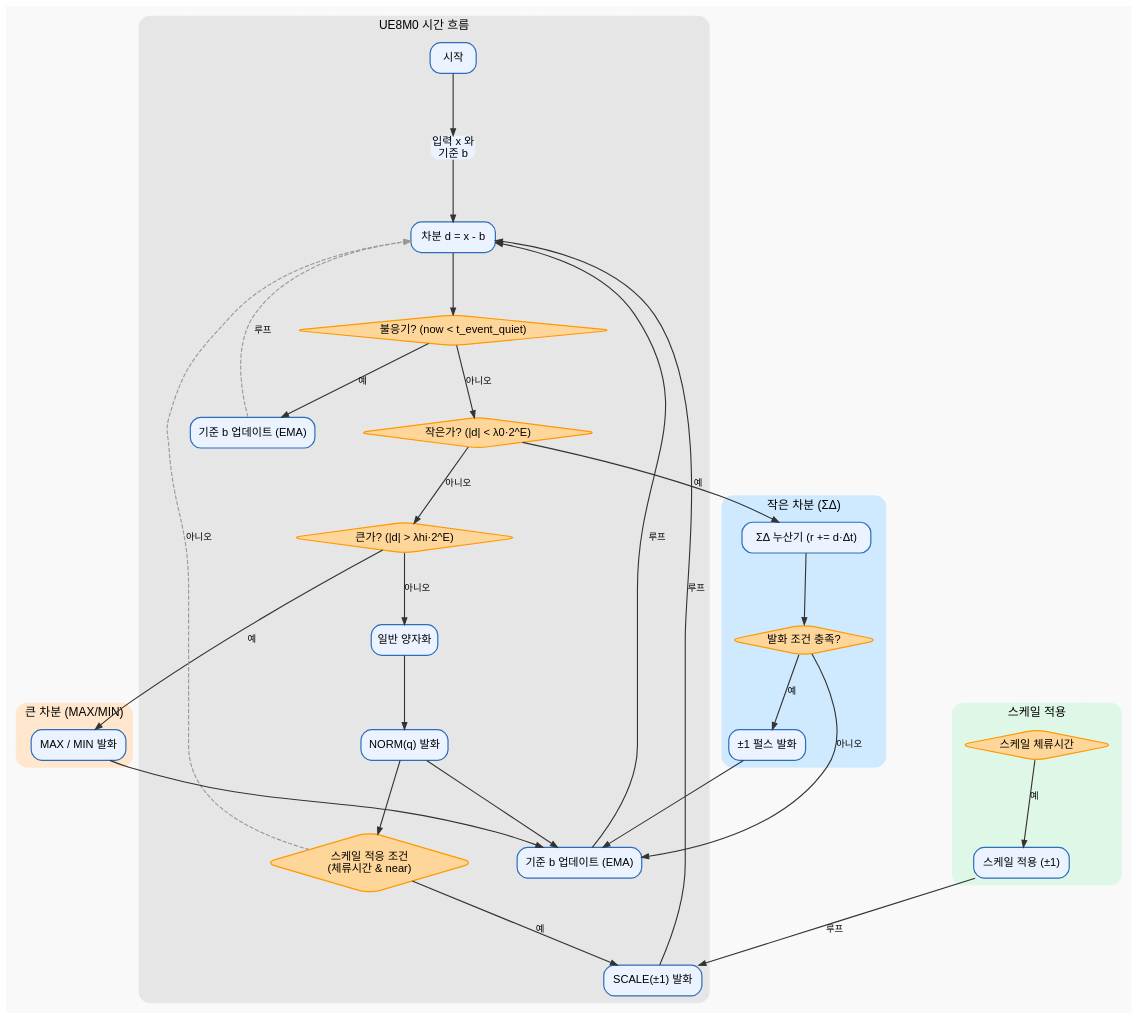
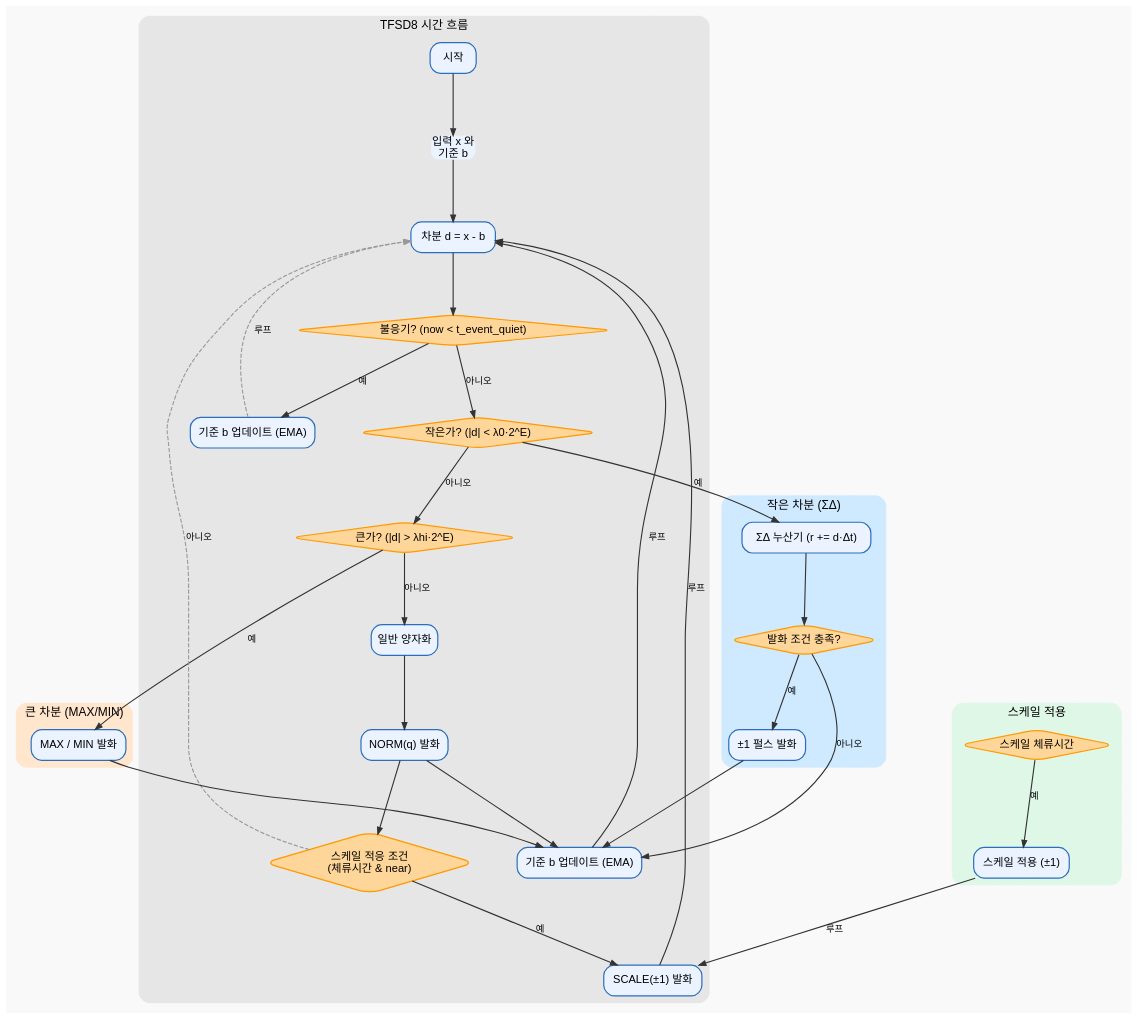
Before and after one commit to trustfarm/TFSDxr-Neuron-Quantization: the diagram in docs/diagrams/ue8m0_overview_auto.dot, drawn with Graphviz. The commit also changed 16 other files, not shown here.

Commit message:
Change UE8M0 to newcode name TFSD8 in docs and diagrams

```diff
--- a/docs/diagrams/ue8m0_overview_auto.dot
+++ b/docs/diagrams/ue8m0_overview_auto.dot
@@ -1,70 +1,70 @@
-digraph UE8M0_OVERVIEW_AUTO {
+digraph TFSD8_OVERVIEW_AUTO {
   graph  [rankdir=TB, bgcolor="#F9F9F9", nodesep=0.7, ranksep=1.0, fontname="Helvetica", overlap=false];
   node   [shape=box, style="rounded,filled", fillcolor="#EAF3FF", color="#2C6EBB",
           penwidth=1.4, fontname="Helvetica", fontsize=13, margin="0.10,0.06"];
   edge   [color="#333333", arrowsize=0.8, penwidth=1.3, fontname="Helvetica", fontsize=11];
 
   subgraph cluster_main {
-    label="UE8M0 시간 흐름"; style="filled,rounded"; color="#E6E6E6"; fontcolor="#444";
+    label="TFSD8 시간 흐름"; style="filled,rounded"; color="#E6E6E6"; fontcolor="#444";
     start [label="시작"];
     inb   [label="입력 x 와\n기준 b", shape=plain, fontcolor="#000000"];
     diff  [label="차분 d = x - b"];
     refrQ [label="불응기? (now < t_event_quiet)", shape=diamond, fillcolor="#FFD699", color="#FF9900"];
     bupd  [label="기준 b 업데이트 (EMA)"];
     smallQ [label="작은가? (|d| < λ0·2^E)", shape=diamond, fillcolor="#FFD699", color="#FF9900"];
     largeQ [label="큰가? (|d| > λhi·2^E)", shape=diamond, fillcolor="#FFD699", color="#FF9900"];
     qnorm [label="일반 양자화"];
     emitn [label="NORM(q) 발화"];
     bupd2 [label="기준 b 업데이트 (EMA)"];
     scQ   [label="스케일 적응 조건\n(체류시간 & near)", shape=diamond, fillcolor="#FFD699", color="#FF9900"];
     scDo  [label="SCALE(±1) 발화"];
   }
 
   subgraph cluster_small {
     label="작은 차분 (ΣΔ)"; style="filled,rounded"; color="#CFE9FF"; fontcolor="#444";
     sigma [label="ΣΔ 누산기 (r += d·Δt)"];
     emitQ [label="발화 조건 충족?", shape=diamond, fillcolor="#FFD699", color="#FF9900"];
     pulse [label="±1 펄스 발화"];
   }
 
   subgraph cluster_large {
     label="큰 차분 (MAX/MIN)"; style="filled,rounded"; color="#FFE6CC"; fontcolor="#444";
     maxmin [label="MAX / MIN 발화"];
   }
 
   subgraph cluster_scale {
     label="스케일 적용"; style="filled,rounded"; color="#DFF7E7"; fontcolor="#444";
     dwell [label="스케일 체류시간", shape=diamond, fillcolor="#FFD699", color="#FF9900"];
     adapt [label="스케일 적용 (±1)"];
   }
 
   start -> inb -> diff -> refrQ;
   refrQ -> bupd   [label="예"];
   refrQ -> smallQ [label="아니오"];
 
   bupd  -> diff   [label="루프", style=dashed, color="#999999"];
 
   smallQ -> sigma  [label="예"];
   smallQ -> largeQ [label="아니오"];
 
   largeQ -> maxmin [label="예"];
   largeQ -> qnorm  [label="아니오"];
 
   qnorm -> emitn -> bupd2;
 
   sigma -> emitQ;
   emitQ -> pulse  [label="예"];
   emitQ -> bupd2  [label="아니오"];
   pulse -> bupd2;
 
   maxmin -> bupd2;
 
   bupd2 -> diff   [label="루프"];
   emitn -> scQ;
   scQ   -> scDo   [label="예"];
   scDo  -> diff   [label="루프"];
   scQ   -> diff   [label="아니오", style=dashed, color="#999999"];
 
   dwell -> adapt  [label="예"];
   adapt -> scDo   [label="루프"];
 }
```
